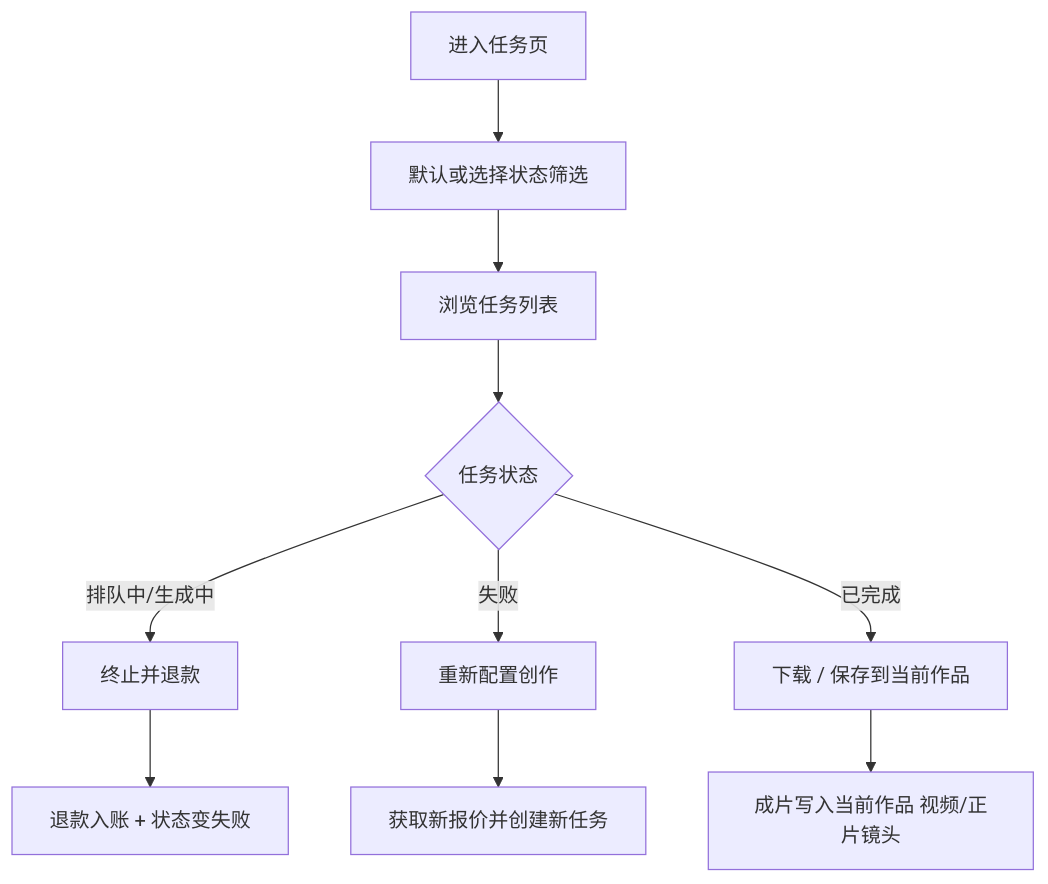
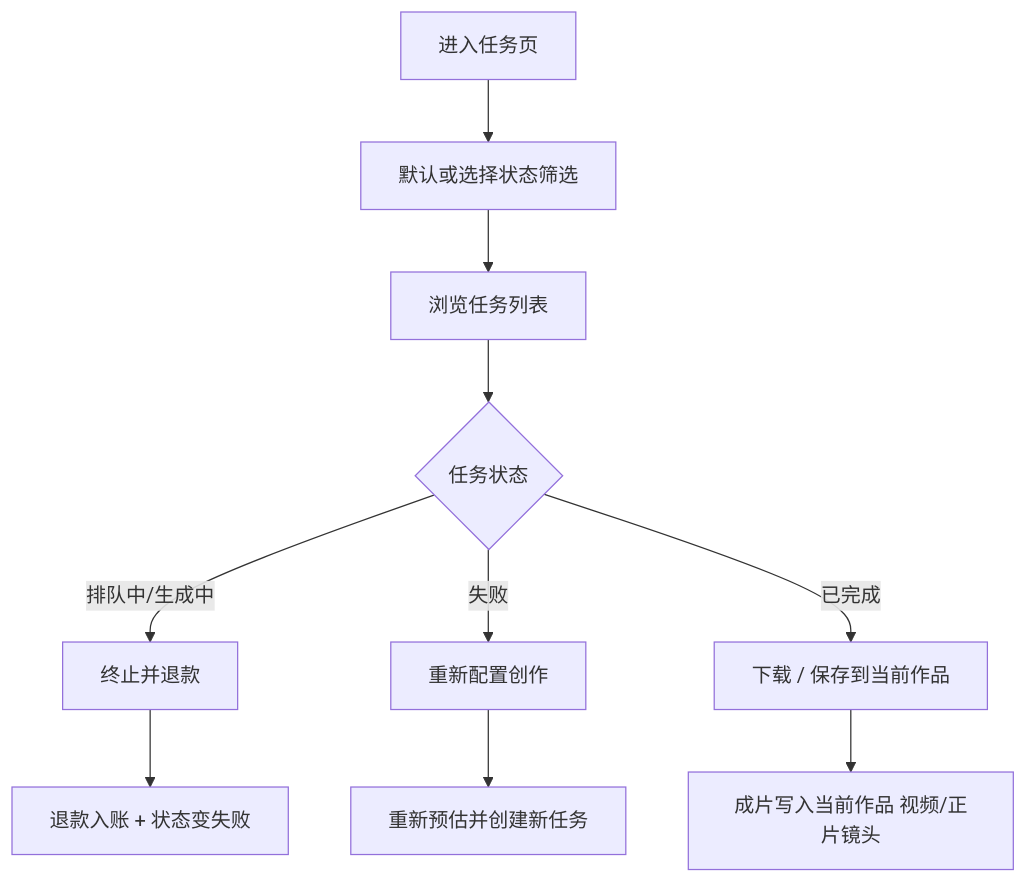
Before and after one commit to fjl-gj/sub2video: the fifth of 10 diagrams in docs/flows/客户端页面流程.md, drawn with Mermaid. The commit also changed other lines of this file and 66 other files, not shown here.

````diff
--- a/docs/flows/客户端页面流程.md
+++ b/docs/flows/客户端页面流程.md
@@ -191,12 +191,12 @@
 ```mermaid
 flowchart TD
   A[进入任务页] --> B[默认或选择状态筛选]
   B --> C[浏览任务列表]
   C --> D{任务状态}
   D -->|排队中/生成中| E[终止并退款]
   D -->|失败| F[重新配置创作]
   D -->|已完成| G[下载 / 保存到当前作品]
   E --> H[退款入账 + 状态变失败]
-  F --> I[获取新报价并创建新任务]
+  F --> I[重新预估并创建新任务]
   G --> J[成片写入当前作品 视频/正片镜头]
 ```
````
